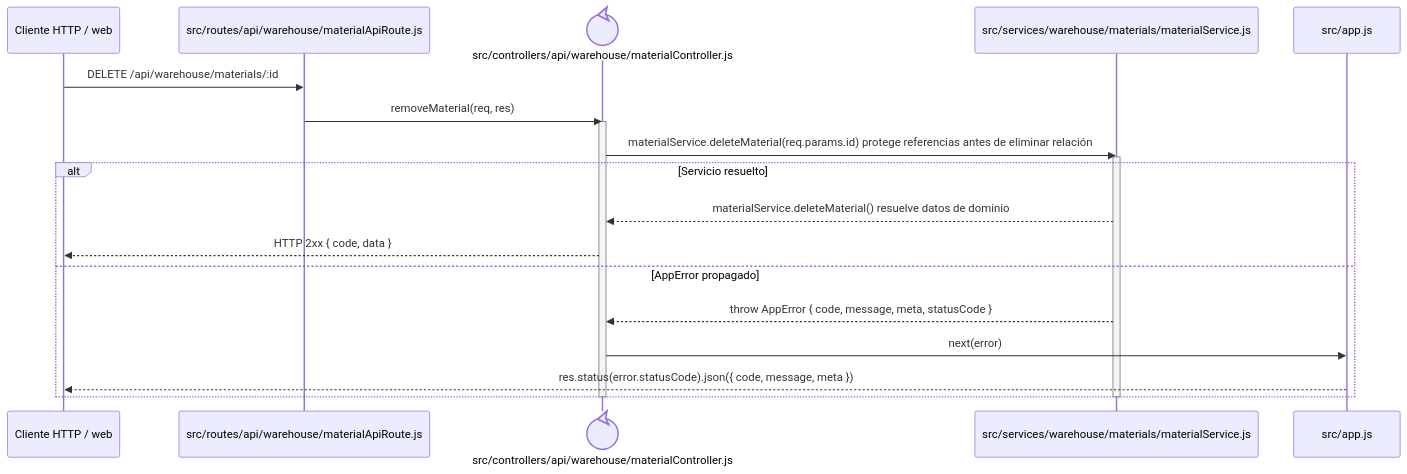
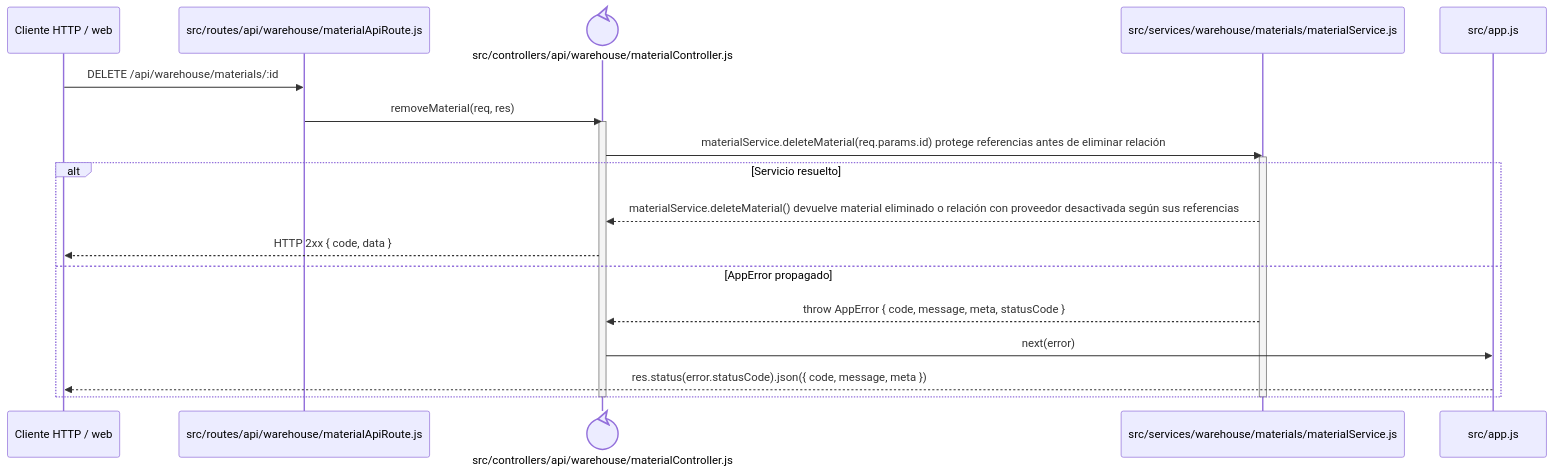
One commit to gpgsistemas01/nexus changed the diagram in docs/architecture/backend-code-sequences/catalogs/cu-alm-04.md. Above: the diagram before and after it, drawn with Mermaid. The commit also changed 102 other files, not shown here.

````diff
--- a/docs/architecture/backend-code-sequences/catalogs/cu-alm-04.md
+++ b/docs/architecture/backend-code-sequences/catalogs/cu-alm-04.md
@@ -6,24 +6,24 @@
 ```mermaid
 sequenceDiagram
     participant Client as Cliente HTTP / web
     participant Route as src/routes/api/warehouse/materialApiRoute.js
     participant Controller@{ "type": "control" } as src/controllers/api/warehouse/materialController.js
     participant Domain as src/services/warehouse/materials/materialService.js
     participant ErrorHandler as src/app.js
 
     Client->>Route: DELETE /api/warehouse/materials/:id
     Route->>Controller: removeMaterial(req, res)
     activate Controller
     Controller->>Domain: materialService.deleteMaterial(req.params.id) protege referencias antes de eliminar relación
     activate Domain
     alt Servicio resuelto
-        Domain-->>Controller: materialService.deleteMaterial() resuelve datos de dominio
+        Domain-->>Controller: materialService.deleteMaterial() devuelve material eliminado o relación con proveedor desactivada según sus referencias
         Controller-->>Client: HTTP 2xx { code, data }
     else AppError propagado
         Domain-->>Controller: throw AppError { code, message, meta, statusCode }
         Controller->>ErrorHandler: next(error)
         ErrorHandler-->>Client: res.status(error.statusCode).json({ code, message, meta })
     end
     deactivate Domain
     deactivate Controller
 ```
````
